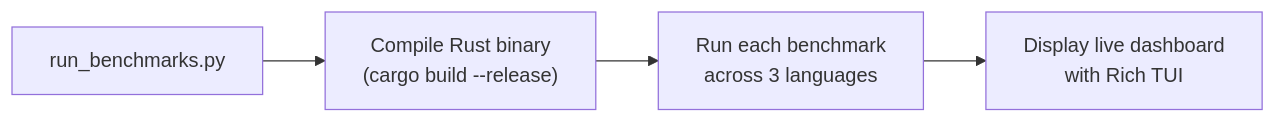
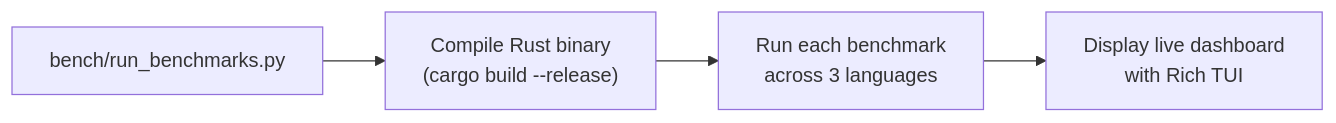
Before and after one commit to AmanatAliPanhwer/Sindlish: the fourth of 4 diagrams in developer-docs/DISTRIBUTION.md, drawn with Mermaid. The commit also changed other lines of this file and 10 other files, not shown here.

````diff
--- a/developer-docs/DISTRIBUTION.md
+++ b/developer-docs/DISTRIBUTION.md
@@ -128,6 +128,6 @@
 ```mermaid
 flowchart LR
-    A["run_benchmarks.py"] --> B["Compile Rust binary\n(cargo build --release)"]
+    A["bench/run_benchmarks.py"] --> B["Compile Rust binary\n(cargo build --release)"]
     B --> C["Run each benchmark\nacross 3 languages"]
     C --> D["Display live dashboard\nwith Rich TUI"]
 ```
````
